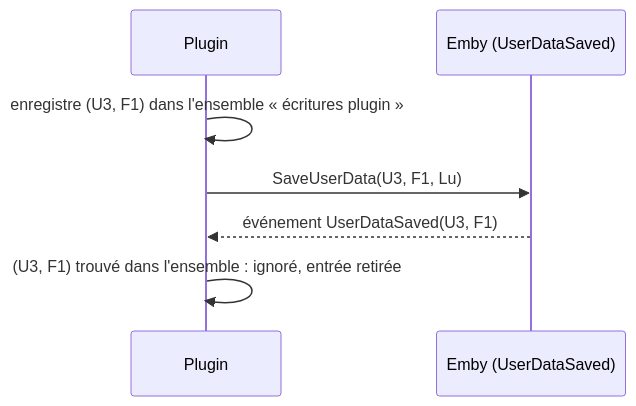
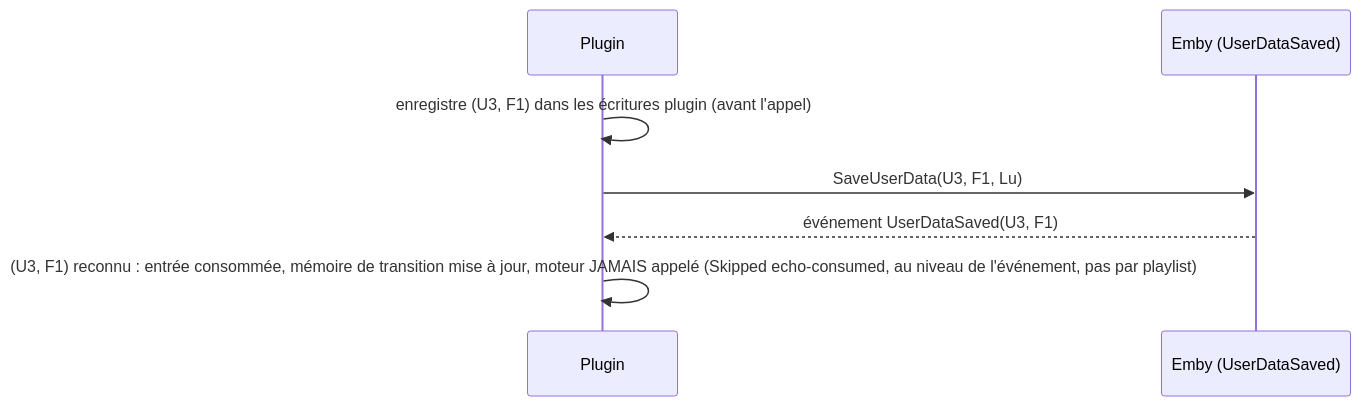
One commit to CCoupel/Emby_PlaySync changed the fourth of 5 diagrams in docs/chronogrammes.md. Above: the diagram before and after it, drawn with Mermaid. The commit also changed other lines of this file, not shown here.

````diff
--- a/docs/chronogrammes.md
+++ b/docs/chronogrammes.md
@@ -357,9 +357,9 @@
 ```mermaid
 sequenceDiagram
     participant P as Plugin
     participant U as Emby (UserDataSaved)
-    P->>P: enregistre (U3, F1) dans l'ensemble « écritures plugin »
+    P->>P: enregistre (U3, F1) dans les écritures plugin (avant l'appel)
     P->>U: SaveUserData(U3, F1, Lu)
     U-->>P: événement UserDataSaved(U3, F1)
-    P->>P: (U3, F1) trouvé dans l'ensemble : ignoré, entrée retirée
+    P->>P: (U3, F1) reconnu : entrée consommée, mémoire de transition mise à jour, moteur JAMAIS appelé (Skipped echo-consumed, au niveau de l'événement, pas par playlist)
 ```
````
